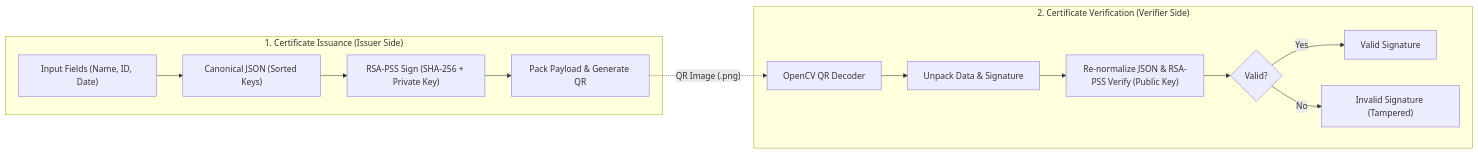
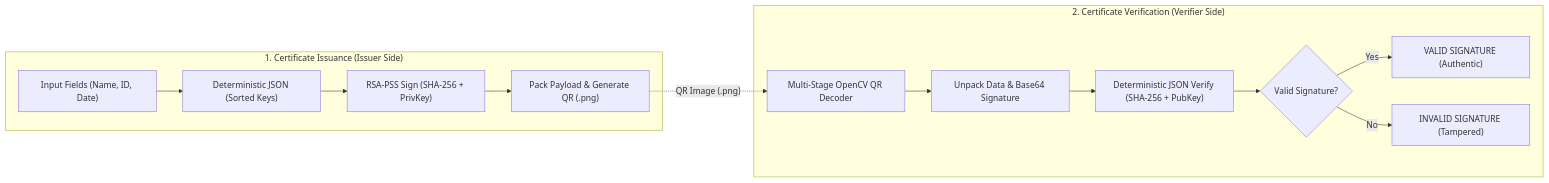
The diagram in midcrypto/REPORT.md (diepnk23ba14051-pixel/QR-Digital-Signature.), drawn with Mermaid before and after one commit. The commit also changed other lines of this file and 124 other files, not shown here.

Commit message:
Feat: finalize QR-based RSA-PSS certificate verification system

````diff
--- a/midcrypto/REPORT.md
+++ b/midcrypto/REPORT.md
@@ -104,17 +110,17 @@
 ```mermaid
 flowchart LR
     subgraph Issuer ["1. Certificate Issuance (Issuer Side)"]
-        A["Input Fields (Name, ID, Date)"] --> B["Canonical JSON (Sorted Keys)"]
-        B --> C["RSA-PSS Sign (SHA-256 + Private Key)"]
-        C --> D["Pack Payload & Generate QR"]
+        A["Input Fields (Name, ID, Date)"] --> B["Deterministic JSON (Sorted Keys)"]
+        B --> C["RSA-PSS Sign (SHA-256 + PrivKey)"]
+        C --> D["Pack Payload & Generate QR (.png)"]
     end
 
     subgraph Verifier ["2. Certificate Verification (Verifier Side)"]
-        D -. "QR Image (.png)" .-> E["OpenCV QR Decoder"]
-        E --> F["Unpack Data & Signature"]
-        F --> G["Re-normalize JSON & RSA-PSS Verify (Public Key)"]
-        G --> H{"Valid?"}
-        H -- Yes --> I["Valid Signature"]
-        H -- No --> J["Invalid Signature (Tampered)"]
+        D -. "QR Image (.png)" .-> E["Multi-Stage OpenCV QR Decoder"]
+        E --> F["Unpack Data & Base64 Signature"]
+        F --> G["Deterministic JSON Verify (SHA-256 + PubKey)"]
+        G --> H{"Valid Signature?"}
+        H -- Yes --> I["VALID SIGNATURE (Authentic)"]
+        H -- No --> J["INVALID SIGNATURE (Tampered)"]
     end
 ```
````
